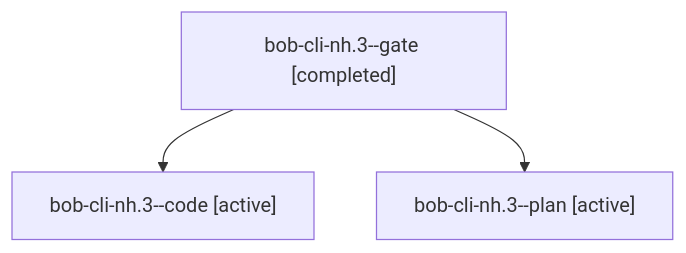
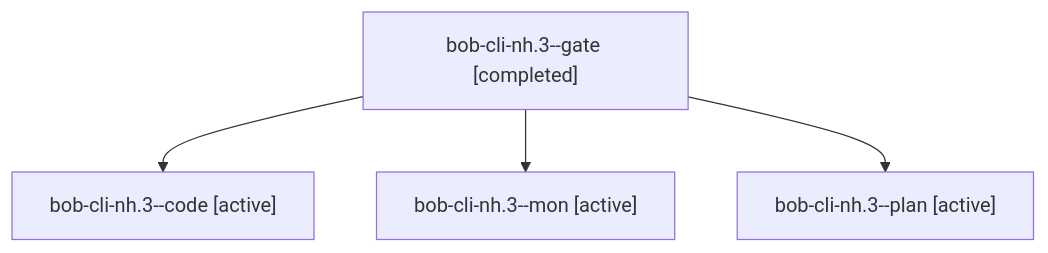
Before and after one commit to bobs-org/bob-cli--agents: the diagram in sessions/bbugyi200.athena.bob-cli-nh.3.md, drawn with Mermaid. The commit also changed other lines of this file and 109 other files, not shown here.

````diff
--- a/sessions/bbugyi200.athena.bob-cli-nh.3.md
+++ b/sessions/bbugyi200.athena.bob-cli-nh.3.md
@@ -9,8 +9,10 @@
 ```mermaid
 flowchart TD
   n0["bob-cli-nh.3--gate [completed]"]
   n1["bob-cli-nh.3--code [active]"]
   n0 --> n1
-  n2["bob-cli-nh.3--plan [active]"]
+  n2["bob-cli-nh.3--mon [active]"]
   n0 --> n2
+  n3["bob-cli-nh.3--plan [active]"]
+  n0 --> n3
 ```
````
